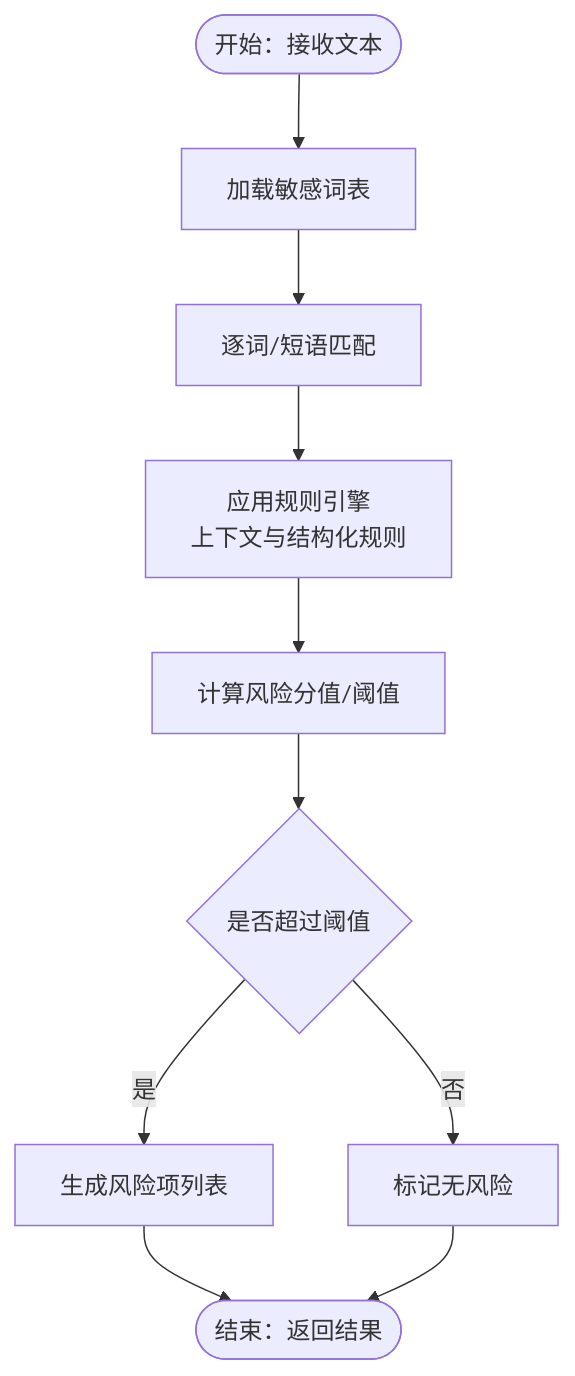
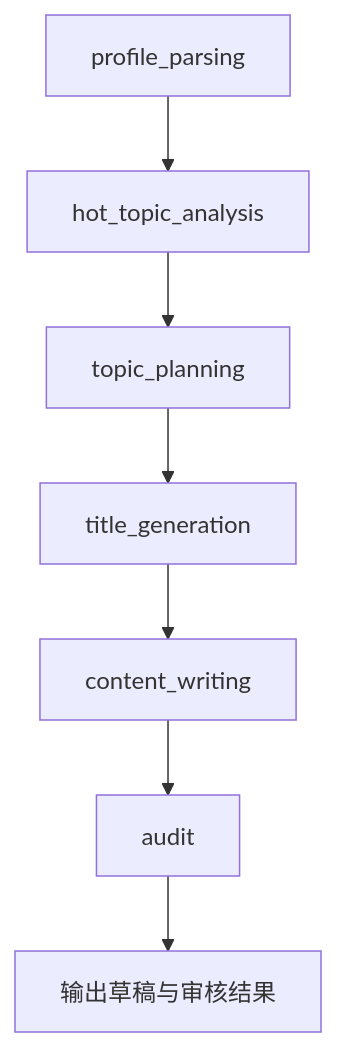
Before and after one commit to sansansansansan2022-web/hotclaw: the fourth of 7 diagrams in .qoder/repowiki/zh/content/技能系统/内置技能实现/风险检测技能.md, drawn with Mermaid. The commit also changed other lines of this file and 288 other files, not shown here.

````diff
--- a/.qoder/repowiki/zh/content/技能系统/内置技能实现/风险检测技能.md
+++ b/.qoder/repowiki/zh/content/技能系统/内置技能实现/风险检测技能.md
@@ -126,12 +192,9 @@
 ```mermaid
 flowchart TD
-Start(["开始：接收文本"]) --> LoadDict["加载敏感词表"]
-LoadDict --> Match["逐词/短语匹配"]
-Match --> Rules["应用规则引擎<br/>上下文与结构化规则"]
-Rules --> Score["计算风险分值/阈值"]
-Score --> Decision{"是否超过阈值"}
-Decision --> |是| Report["生成风险项列表"]
-Decision --> |否| Clean["标记无风险"]
-Report --> End(["结束：返回结果"])
-Clean --> End
+A["profile_parsing"] --> B["hot_topic_analysis"]
+B --> C["topic_planning"]
+C --> D["title_generation"]
+D --> E["content_writing"]
+E --> F["audit"]
+F --> G["输出草稿与审核结果"]
 ```
````
